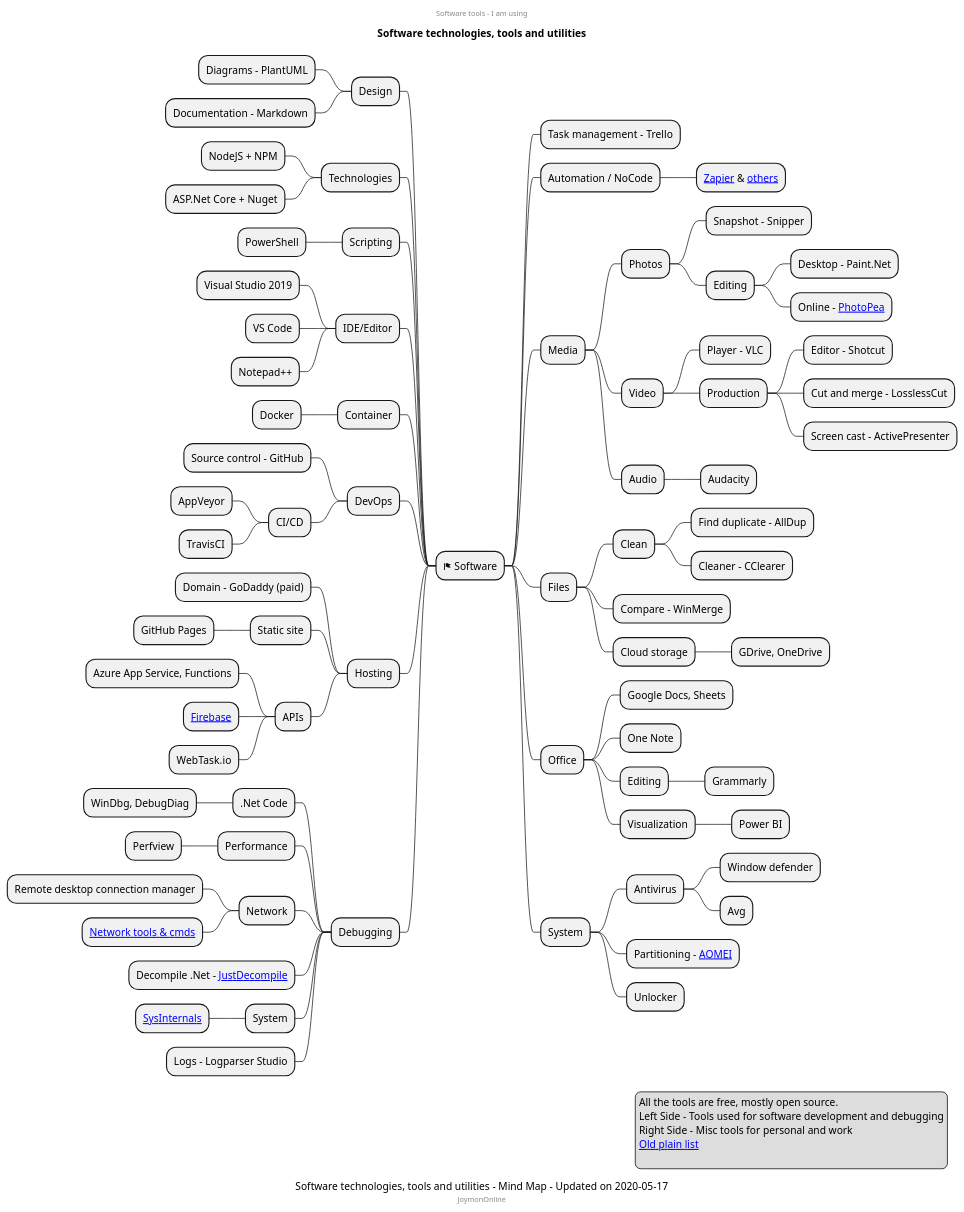
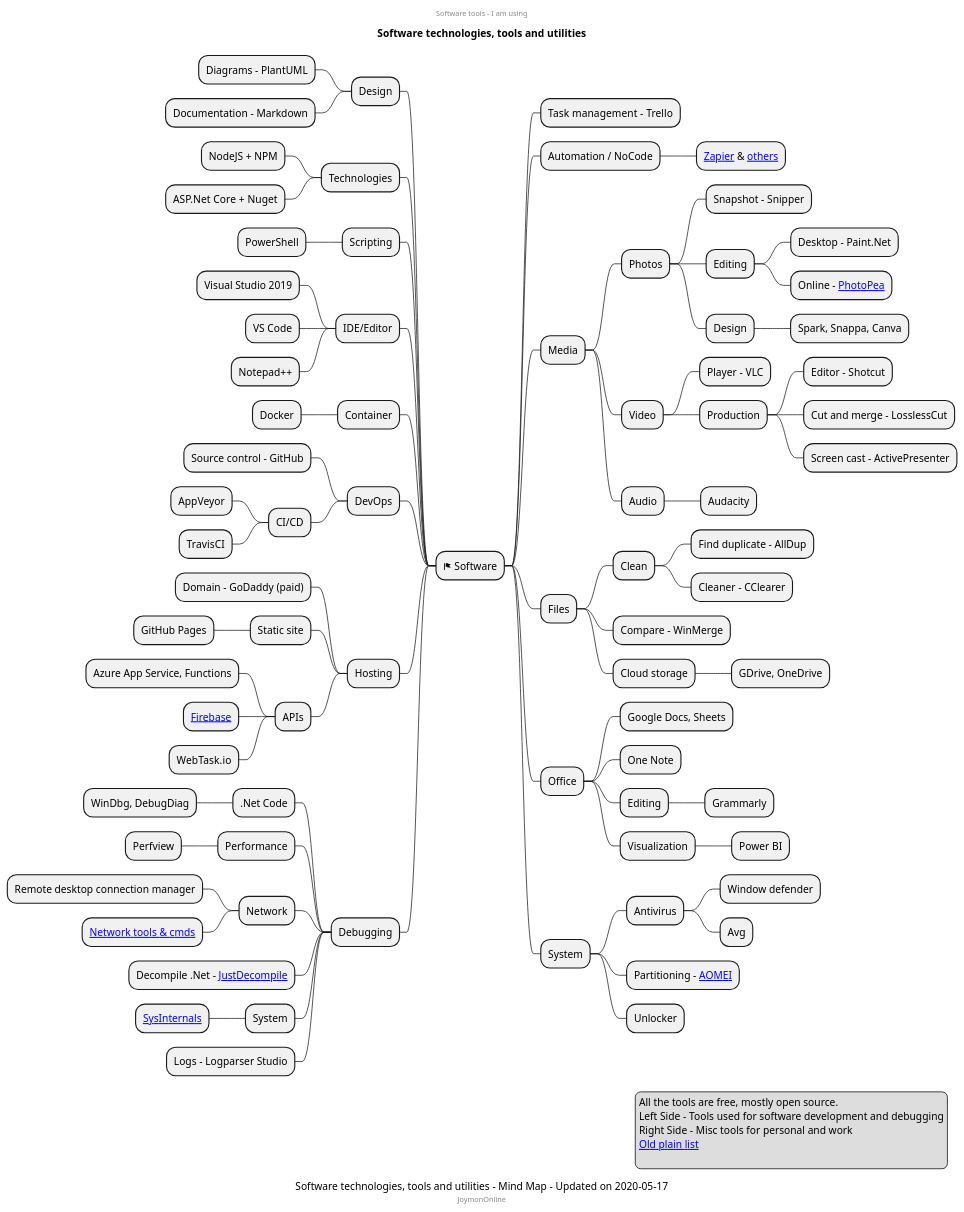
One commit to mind-maps/software changed the diagram in software-tools/tools.puml. Above: the diagram before and after it, drawn with PlantUML.

Commit message:
Added visual design tools

```diff
--- a/software-tools/tools.puml
+++ b/software-tools/tools.puml
@@ -1,94 +1,96 @@
 @startmindmap
 center header
 Software tools - I am using
 endheader
 title Software technologies, tools and utilities
 caption Software technologies, tools and utilities - Mind Map - Updated on 2020-05-17
 center footer JoymonOnline
 + <&flag> Software
 ++ Task management - Trello
 ++ Automation / NoCode
 +++ [[https://zapier.com/home Zapier]] & [[https://gist.github.com/joymon/89aeb18bef588895426b46a54e2ba970 others]]
 ++ Media
 +++ Photos
 ++++ Snapshot - Snipper
 ++++ Editing
 +++++ Desktop - Paint.Net
 +++++ Online - [[https://www.photopea.com/ PhotoPea]]
+++++ Design
++++++ Spark, Snappa, Canva
 +++ Video
 ++++ Player - VLC
 ++++ Production
 +++++ Editor - Shotcut
 +++++ Cut and merge - LosslessCut
 +++++ Screen cast - ActivePresenter
 +++ Audio
 ++++ Audacity
 ++ Files
 +++ Clean
 ++++ Find duplicate - AllDup
 ++++ Cleaner - CClearer
 +++ Compare - WinMerge
 +++ Cloud storage
 ++++ GDrive, OneDrive
 ++ Office
 +++ Google Docs, Sheets
 +++ One Note
 +++ Editing
 ++++ Grammarly
 +++ Visualization
 ++++ Power BI
 ++ System
 +++ Antivirus
 ++++ Window defender
 ++++ Avg
 +++ Partitioning - [[https://www.diskpart.com/free-partition-manager.html AOMEI]]
 +++ Unlocker
 -- Design
 --- Diagrams - PlantUML
 --- Documentation - Markdown
 -- Technologies
 --- NodeJS + NPM
 --- ASP.Net Core + Nuget
 -- Scripting
 --- PowerShell
 -- IDE/Editor
 --- Visual Studio 2019
 --- VS Code
 --- Notepad++
 -- Container
 --- Docker
 -- DevOps
 --- Source control - GitHub
 --- CI/CD
 ---- AppVeyor
 ---- TravisCI
 -- Hosting
 --- Domain - GoDaddy (paid)
 --- Static site
 ---- GitHub Pages
 --- APIs
 ---- Azure App Service, Functions
 ---- [[https://firebase.google.com/pricing Firebase]]
 ---- WebTask.io
 -- Debugging
 --- .Net Code
 ---- WinDbg, DebugDiag
 --- Performance
 ---- Perfview
 --- Network
 ---- Remote desktop connection manager
 ---- [[http://www.plantuml.com/plantuml/proxy?fmt=svg&cache=no&src=https://raw.githubusercontent.com/mind-maps/software/master/debugging/windows-network-debugging.puml Network tools & cmds]]
 --- Decompile .Net - [[https://www.telerik.com/products/decompiler.aspx JustDecompile]]
 --- System
 ---- [[https://docs.microsoft.com/en-us/sysinternals/ SysInternals]]
 --- Logs - Logparser Studio
 
 legend right
 All the tools are free, mostly open source.
 Left Side - Tools used for software development and debugging
 Right Side - Misc tools for personal and work
 [[https://joymonscode.blogspot.com/2017/05/toolbox-for-open-source-developers.html Old plain list]]
   
 endlegend
 
 @endmindmap
```
